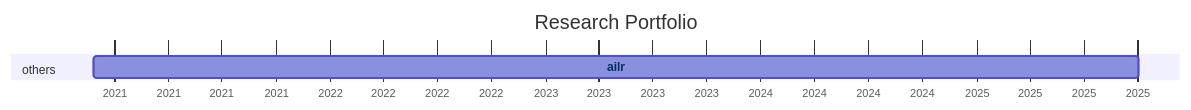
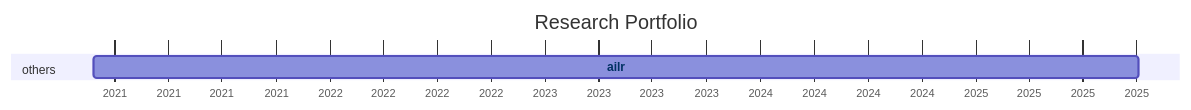
The diagram in docs/20-research/25-projects-gantt.md (digital-work-lab/handbook), drawn with Mermaid before and after one commit.

Commit message:
Update repository overview

````diff
--- a/docs/20-research/25-projects-gantt.md
+++ b/docs/20-research/25-projects-gantt.md
@@ -8,21 +8,21 @@
 ```mermaid
 ---
 displayMode: compact
 ---
 gantt
 title Research Portfolio
 dateFormat YYYY-MM-DD
 axisFormat %Y
 
     section work_practices
 
     section distributed_organizing
 
     section knowledge_synthesis
 
     section others
-        ailr :ailr, 2020-11-26, 2025-10-03
+        ailr :ailr, 2020-11-26, 2025-10-04
 
 
     click ailr href "{{ site.baseurl }}/docs/10-lab/18-resources/ailr.html"
 ```
````
